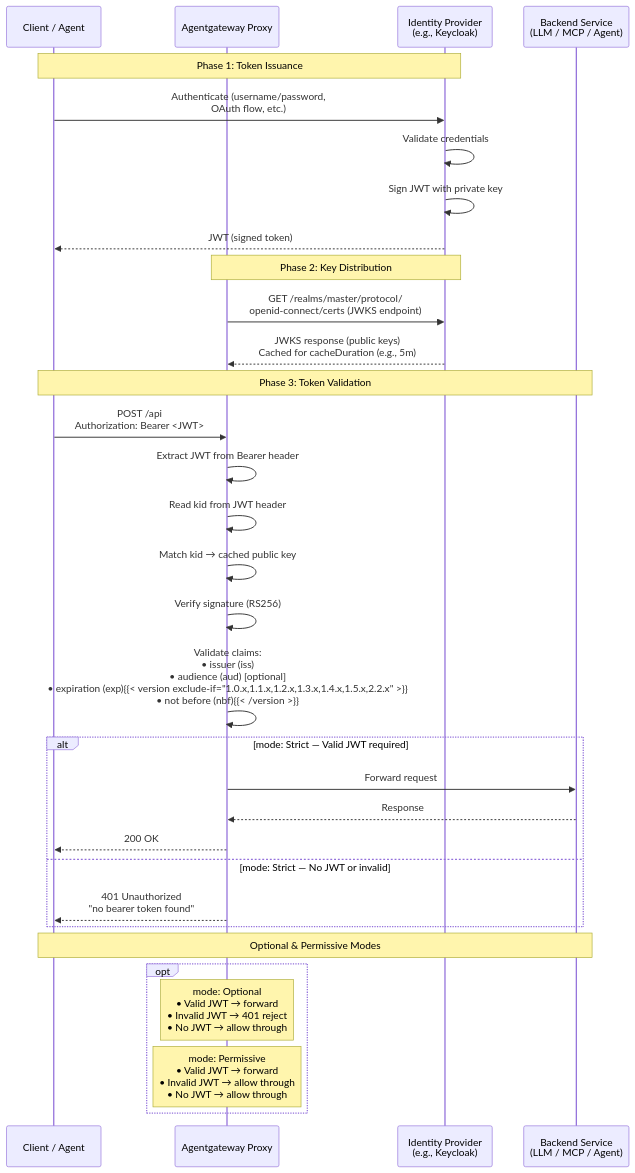
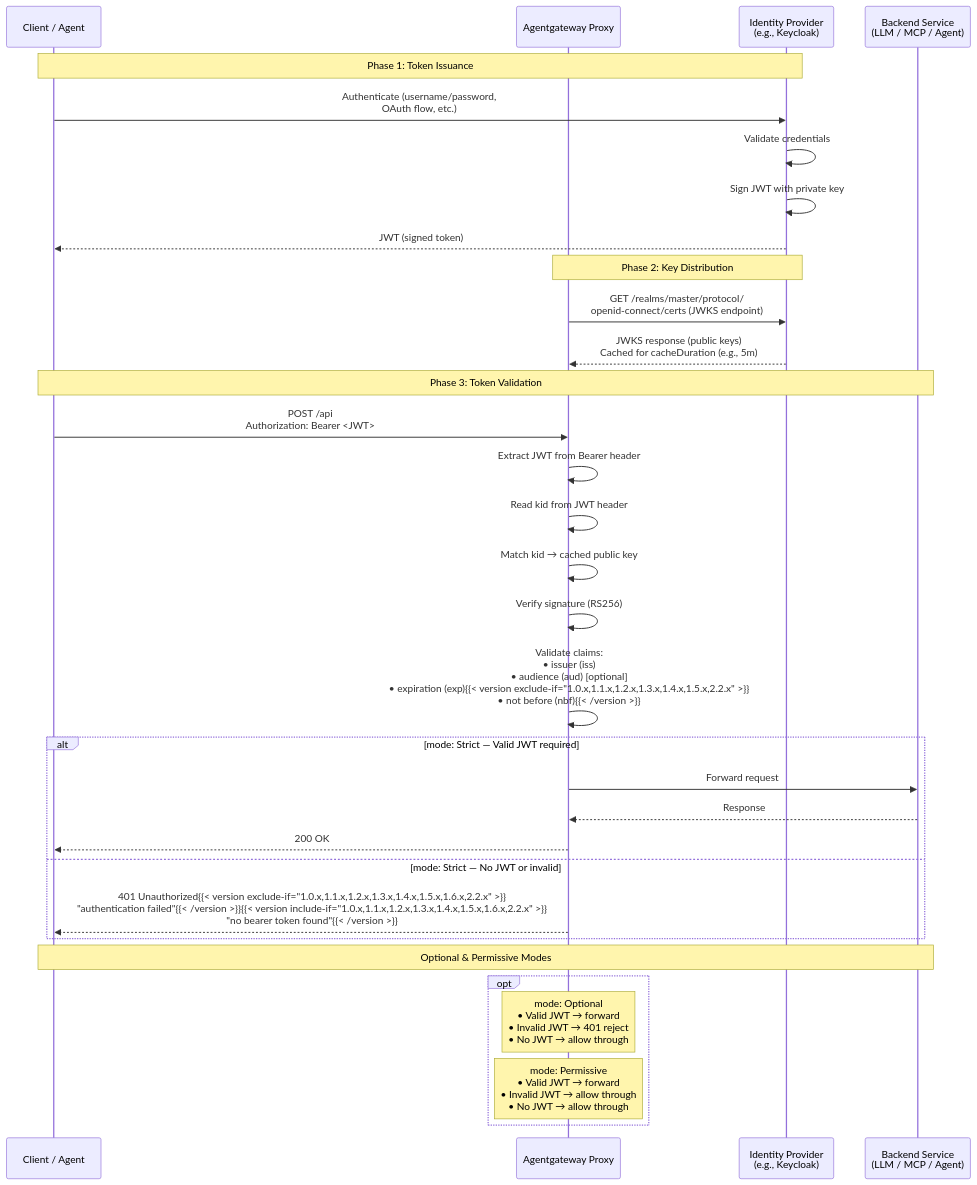
One commit to agentgateway/website changed the diagram in assets/agw-docs/pages/security/jwt-about.md. Above: the diagram before and after it, drawn with Mermaid. The commit also changed 11 other files, not shown here.

````diff
--- a/assets/agw-docs/pages/security/jwt-about.md
+++ b/assets/agw-docs/pages/security/jwt-about.md
@@ -40,46 +40,46 @@
 ```mermaid
 sequenceDiagram
     participant C as Client / Agent
     participant AGW as Agentgateway Proxy
     participant IdP as Identity Provider<br/>(e.g., Keycloak)
     participant Backend as Backend Service<br/>(LLM / MCP / Agent)
 
     Note over C,IdP: Phase 1: Token Issuance
 
     C->>IdP: Authenticate (username/password,<br/>OAuth flow, etc.)
     IdP->>IdP: Validate credentials
     IdP->>IdP: Sign JWT with private key
     IdP-->>C: JWT (signed token)
 
     Note over AGW,IdP: Phase 2: Key Distribution
 
     AGW->>IdP: GET /realms/master/protocol/<br/>openid-connect/certs (JWKS endpoint)
     IdP-->>AGW: JWKS response (public keys)<br/>Cached for cacheDuration (e.g., 5m)
 
     Note over C,Backend: Phase 3: Token Validation
 
     C->>AGW: POST /api<br/>Authorization: Bearer <JWT>
 
     AGW->>AGW: Extract JWT from Bearer header
     AGW->>AGW: Read kid from JWT header
     AGW->>AGW: Match kid → cached public key
     AGW->>AGW: Verify signature (RS256)
     AGW->>AGW: Validate claims:<br/>• issuer (iss)<br/>• audience (aud) [optional]<br/>• expiration (exp){{< version exclude-if="1.0.x,1.1.x,1.2.x,1.3.x,1.4.x,1.5.x,2.2.x" >}}<br/>• not before (nbf){{< /version >}}
 
     alt mode: Strict — Valid JWT required
         AGW->>Backend: Forward request
         Backend-->>AGW: Response
         AGW-->>C: 200 OK
 
     else mode: Strict — No JWT or invalid
-        AGW-->>C: 401 Unauthorized<br/>"no bearer token found"
+        AGW-->>C: 401 Unauthorized{{< version exclude-if="1.0.x,1.1.x,1.2.x,1.3.x,1.4.x,1.5.x,1.6.x,2.2.x" >}}<br/>"authentication failed"{{< /version >}}{{< version include-if="1.0.x,1.1.x,1.2.x,1.3.x,1.4.x,1.5.x,1.6.x,2.2.x" >}}<br/>"no bearer token found"{{< /version >}}
     end
 
     Note over C,Backend: Optional & Permissive Modes
 
     opt
         Note over AGW: mode: Optional<br/>• Valid JWT → forward<br/>• Invalid JWT → 401 reject<br/>• No JWT → allow through
 
         Note over AGW: mode: Permissive<br/>• Valid JWT → forward<br/>• Invalid JWT → allow through<br/>• No JWT → allow through
     end
 ```
````
